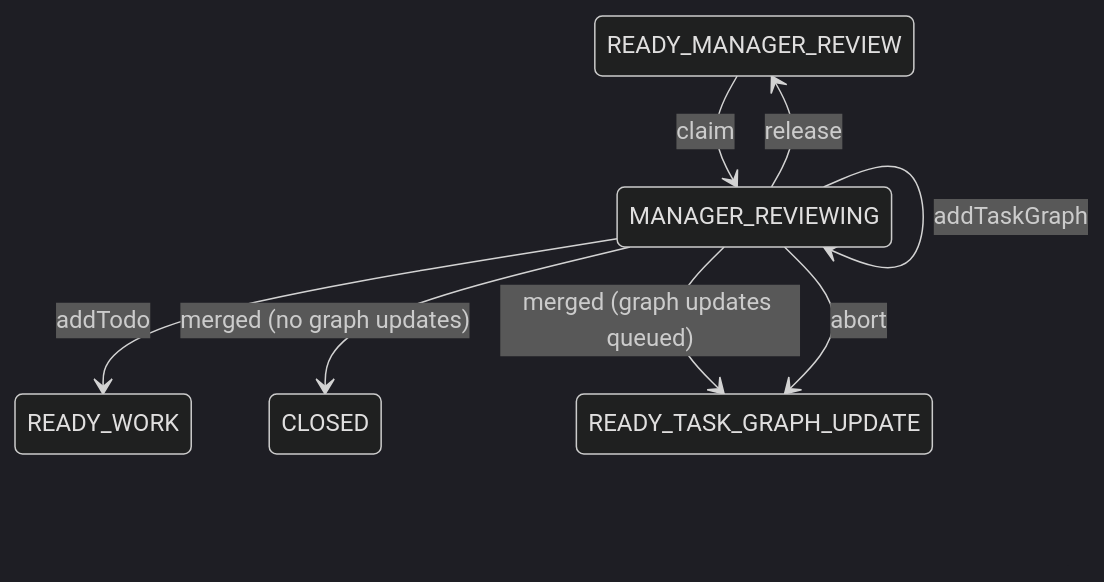
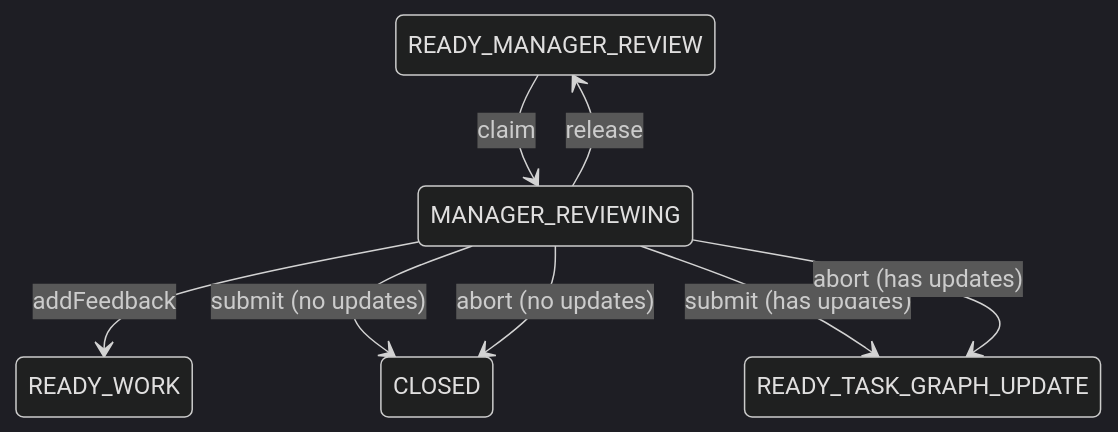
Before and after one commit to Pyrolistical/task-graph-template: the ninth of 11 diagrams in README.md, drawn with Mermaid (dark theme). The commit also changed other lines of this file and 66 other files, not shown here.

````diff
--- a/README.md
+++ b/README.md
@@ -631,11 +270,10 @@
 ```mermaid
 stateDiagram-v2
     READY_MANAGER_REVIEW --> MANAGER_REVIEWING : claim
-    MANAGER_REVIEWING --> MANAGER_REVIEWING : addCheck
-    MANAGER_REVIEWING --> MANAGER_REVIEWING : addTaskGraph
-    MANAGER_REVIEWING --> READY_WORK : addTodo
-    MANAGER_REVIEWING --> CLOSED : merged (no graph updates)
-    MANAGER_REVIEWING --> READY_TASK_GRAPH_UPDATE : merged (graph updates queued)
-    MANAGER_REVIEWING --> READY_TASK_GRAPH_UPDATE : abort
+    MANAGER_REVIEWING --> READY_WORK : addFeedback
+    MANAGER_REVIEWING --> CLOSED : submit (no updates)
+    MANAGER_REVIEWING --> READY_TASK_GRAPH_UPDATE : submit (has updates)
+    MANAGER_REVIEWING --> CLOSED : abort (no updates)
+    MANAGER_REVIEWING --> READY_TASK_GRAPH_UPDATE : abort (has updates)
     MANAGER_REVIEWING --> READY_MANAGER_REVIEW : release
 ```
````
